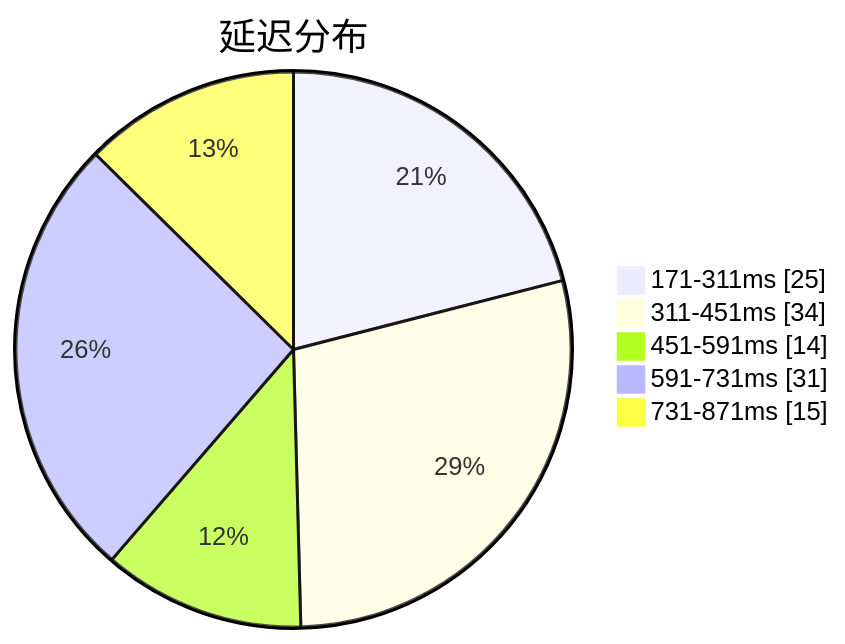
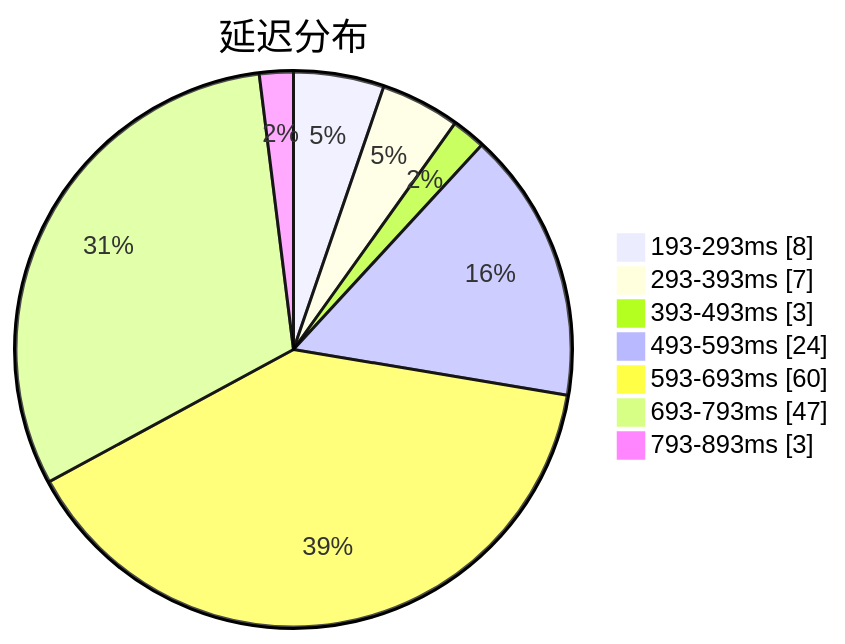
The first of 3 diagrams in subs/statistics/tested_within.md (qjlxg/airport), drawn with Mermaid before and after one commit. The commit also changed other lines of this file and 2 other files, not shown here.

````diff
--- a/subs/statistics/tested_within.md
+++ b/subs/statistics/tested_within.md
@@ -2,9 +2,11 @@
 ```mermaid
 pie showData
 title 延迟分布
-"171-311ms" : 25
-"311-451ms" : 34
-"451-591ms" : 14
-"591-731ms" : 31
-"731-871ms" : 15
+"193-293ms" : 8
+"293-393ms" : 7
+"393-493ms" : 3
+"493-593ms" : 24
+"593-693ms" : 60
+"693-793ms" : 47
+"793-893ms" : 3
 ```
````
